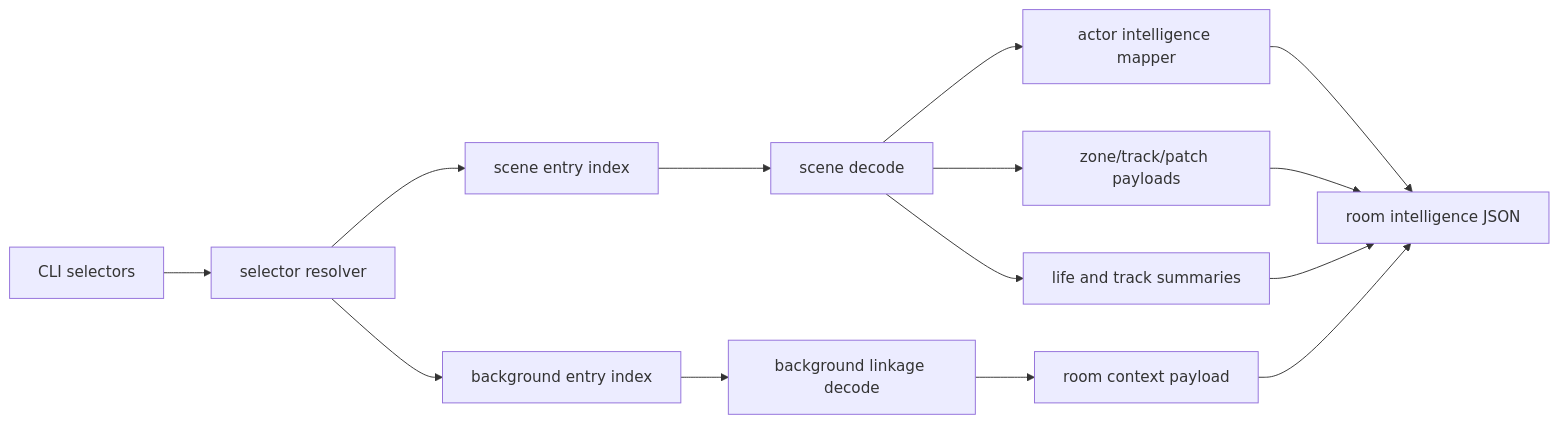
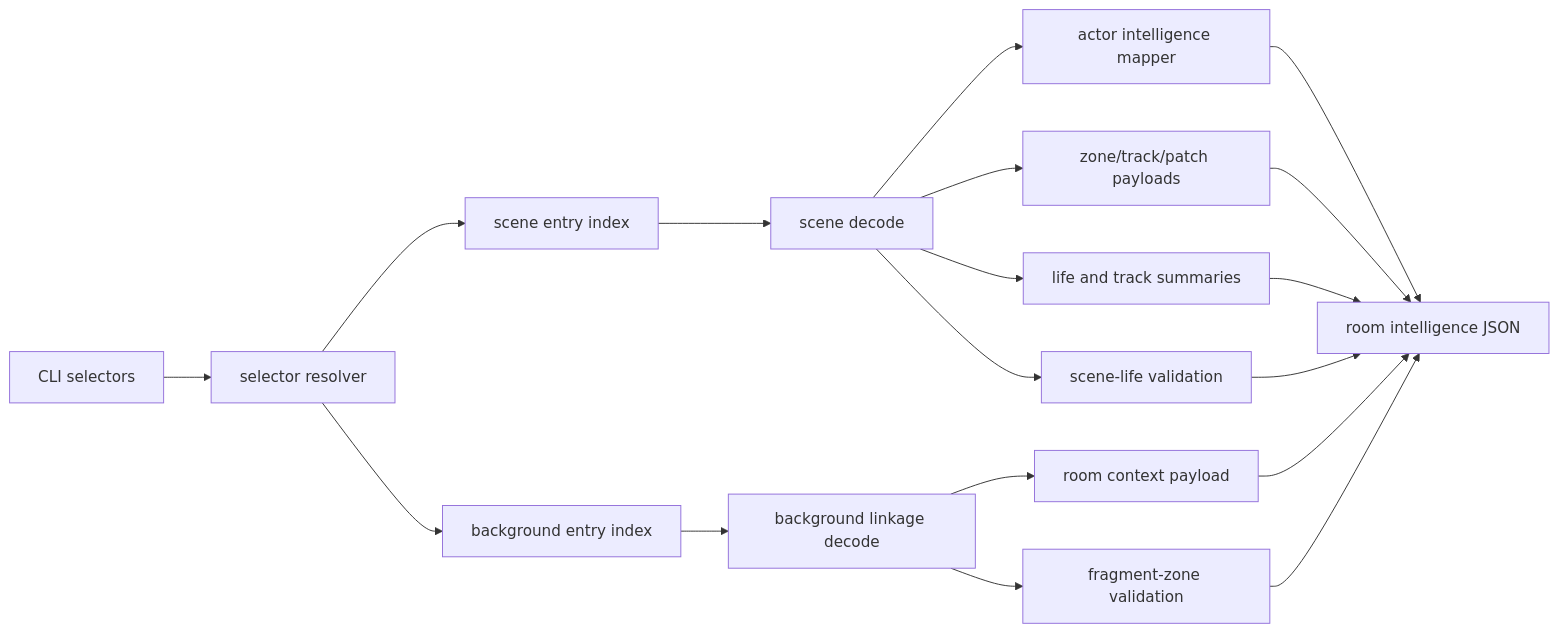
The diagram in sidequest/docs/architecture.md (dev00-hq/littlebigreversing), drawn with Mermaid before and after one commit. The commit also changed other lines of this file and 12 other files, not shown here.

````diff
--- a/sidequest/docs/architecture.md
+++ b/sidequest/docs/architecture.md
@@ -35,16 +38,20 @@
 ```mermaid
 flowchart LR
     A["CLI selectors"] --> B["selector resolver"]
     B --> C["scene entry index"]
     B --> D["background entry index"]
     C --> E["scene decode"]
     D --> F["background linkage decode"]
     E --> G["actor intelligence mapper"]
     E --> H["zone/track/patch payloads"]
     E --> I["life and track summaries"]
     F --> J["room context payload"]
+    E --> V["scene-life validation"]
+    F --> W["fragment-zone validation"]
     G --> K["room intelligence JSON"]
     H --> K
     I --> K
     J --> K
+    V --> K
+    W --> K
 ```
````
